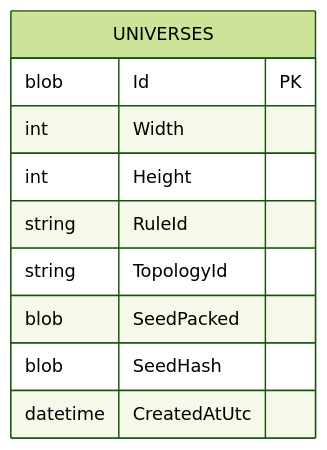
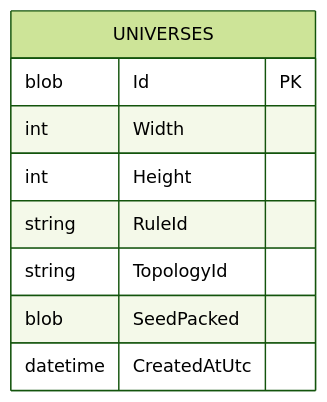
The fourth of 8 diagrams in docs/design.md (nksimmons/conways-game-of-life-api), drawn with Mermaid (forest theme) before and after one commit. The commit also changed other lines of this file and 31 other files, not shown here.

````diff
--- a/docs/design.md
+++ b/docs/design.md
@@ -406,13 +432,12 @@
 ```mermaid
 erDiagram
     UNIVERSES {
         blob     Id            PK
         int      Width
         int      Height
         string   RuleId
         string   TopologyId
         blob     SeedPacked
-        blob     SeedHash
         datetime CreatedAtUtc
     }
 ```
````
